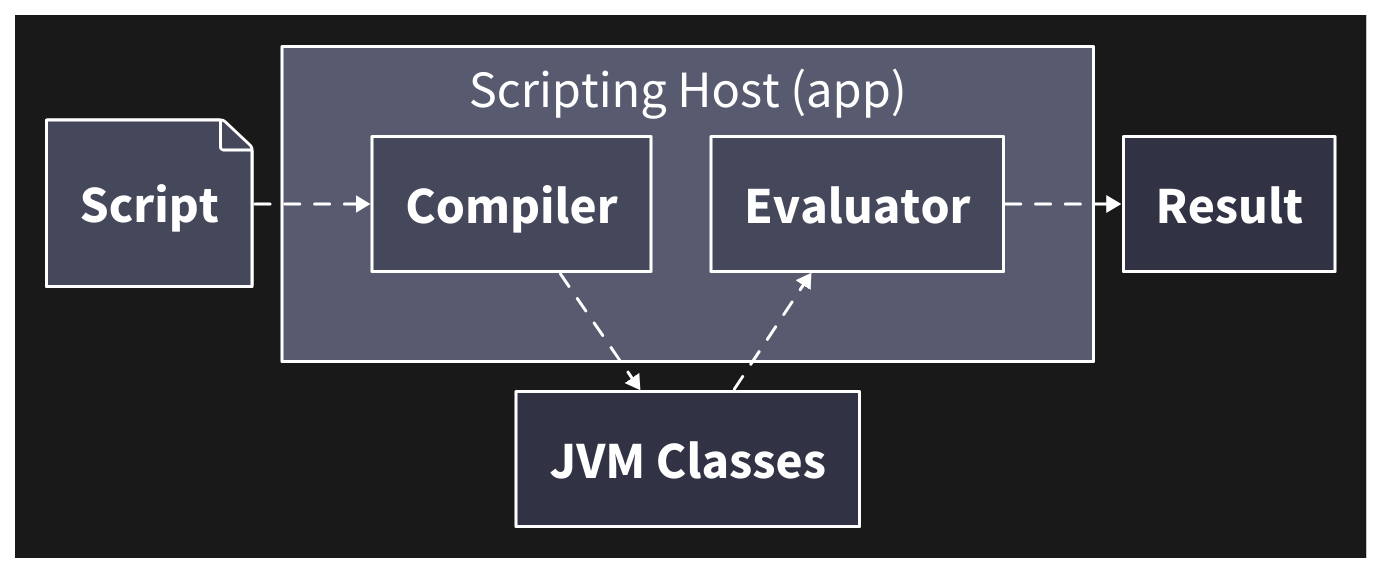
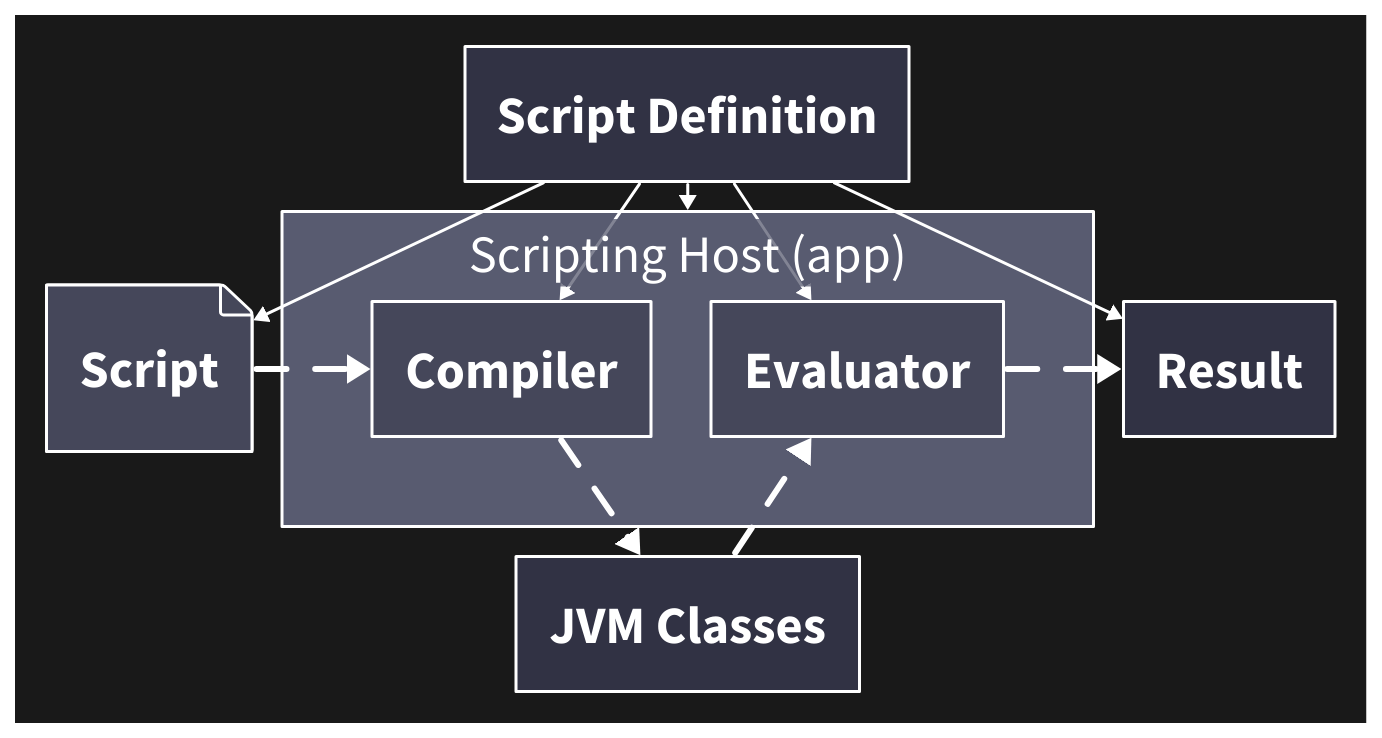
The diagram in presentation/diagrams/scripting-host.d2 (LimeBeck/kotlin-script-presentation), drawn with D2 before and after one commit. The commit also changed 8 other files, not shown here.

```diff
--- a/presentation/diagrams/scripting-host.d2
+++ b/presentation/diagrams/scripting-host.d2
@@ -1,60 +1,66 @@
 direction: right
 vars: {
   d2-config: {
+    pad: 0
     theme-id: 200
     layout-engine: elk
     theme-overrides: {
       N1: "#ffffff"
       N7: "#191919"
       B1: "#ffffff"
     }
   }
 }
 
 **.style.font-size: 35
+(** -> **)[*].style.stroke-width: 4
 
 bytecode: JVM Classes {
   near: bottom-center
 }
 
 host: Scripting Host (app) {
   grid-columns: 2
   compiler: Compiler
   evaluator: Evaluator
 }
 
 script: Script {
   near: center-left
   shape: page
 }
 
 script -> host.compiler: {
   style.animated: true
 }
 host.compiler -> bytecode: {
   style.animated: true
 }
 bytecode -> host.evaluator: {
   style.animated: true
 }
 
 output: Result {
   near: center-right
-#   grid-columns: 1
-#   stdout
-#   "Runtime Objects"
+  #   grid-columns: 1
+  #   stdout
+  #   "Runtime Objects"
 }
 host.evaluator -> output: {
   style.animated: true
 }
 
-# scriptDef: Script Definition {
-#   near: top-center
-#   compilation: Compilation configuration
-#   host: Host configuration
-#   evaluation: Evaluation configuration
-# }
-#
-# host.compiler <- scriptDef.compilation
-# host.evaluator <- scriptDef.evaluation
-# host <- scriptDef.host
+scriptDef: Script Definition {
+  near: top-center
+  #   compilation: Compilation configuration
+  #   host: Host configuration
+  #   evaluation: Evaluation configuration
+}
+
+host.compiler <- scriptDef
+host.evaluator <- scriptDef
+host <- scriptDef
+script <- scriptDef
+output <- scriptDef
+
+(* -> *)[*].style.stroke-width: 10
```
